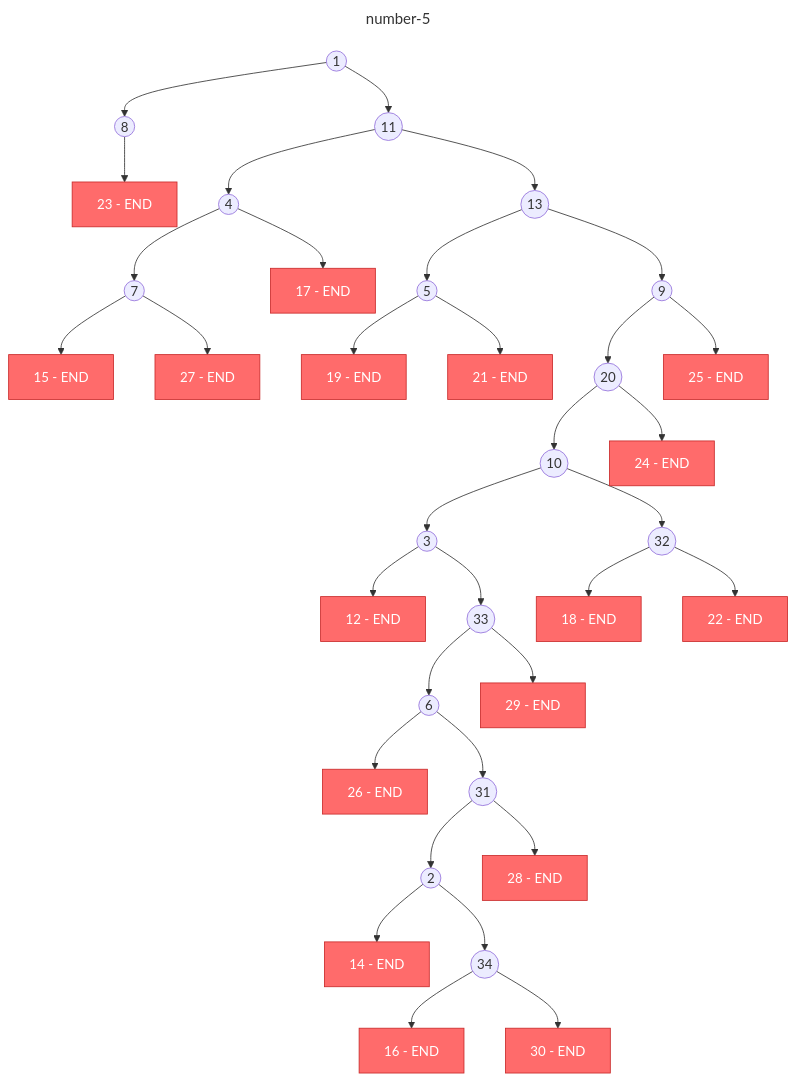
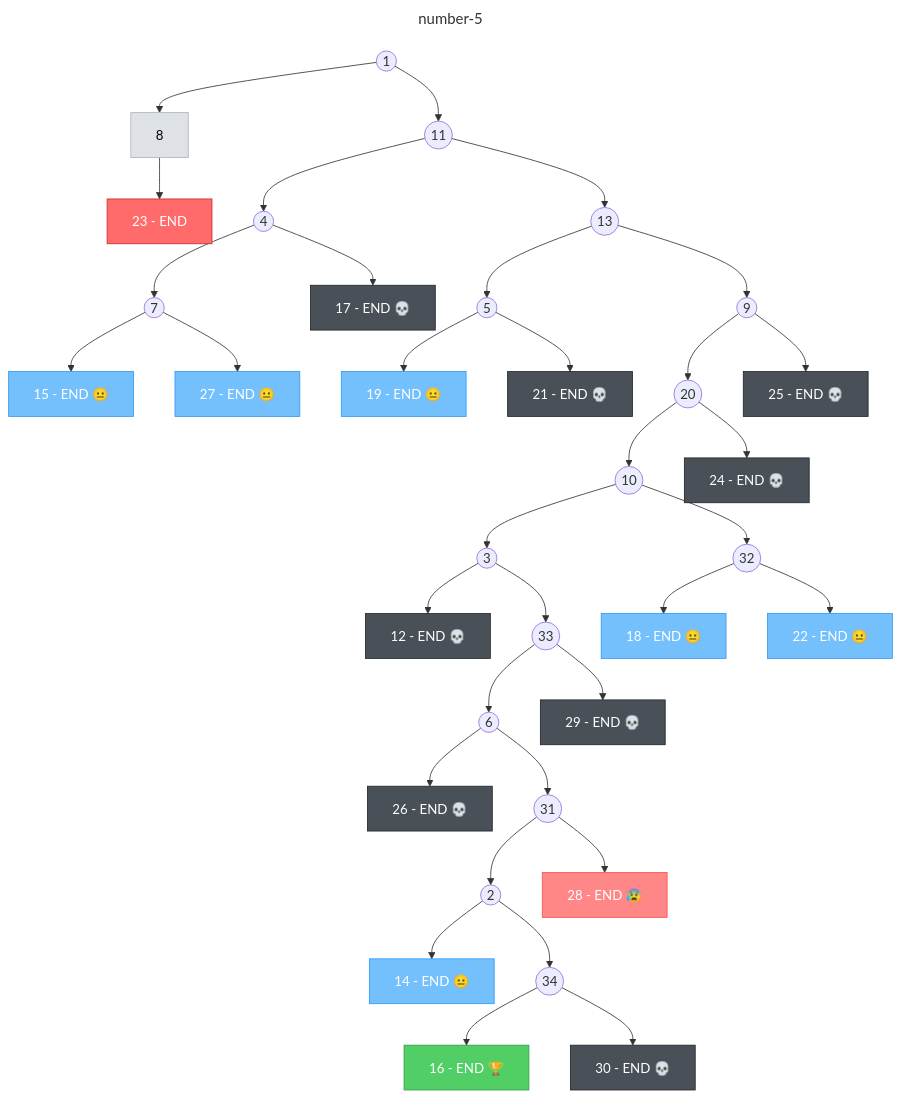
Before and after one commit to nicodevs/can-claude-code-write-a-good-choose-your-own-adventure-book: the diagram in number-5/output/structure.mmd, drawn with Mermaid. The commit also changed 9 other files, not shown here.

Commit message:
Feature: generate mermaid charts

```diff
--- a/number-5/output/structure.mmd
+++ b/number-5/output/structure.mmd
@@ -1,78 +1,83 @@
 ---
 title: number-5
 ---
 flowchart TD
     1((1))
     2((2))
     3((3))
     4((4))
     5((5))
     6((6))
     7((7))
-    8((8))
+    8[8]:::transition
     9((9))
     10((10))
     11((11))
-    12[12 - END]:::ending
+    12[12 - END 💀]:::death
     13((13))
-    14[14 - END]:::ending
-    15[15 - END]:::ending
-    16[16 - END]:::ending
-    17[17 - END]:::ending
-    18[18 - END]:::ending
-    19[19 - END]:::ending
+    14[14 - END 😐]:::neutral
+    15[15 - END 😐]:::neutral
+    16[16 - END 🏆]:::good
+    17[17 - END 💀]:::death
+    18[18 - END 😐]:::neutral
+    19[19 - END 😐]:::neutral
     20((20))
-    21[21 - END]:::ending
-    22[22 - END]:::ending
+    21[21 - END 💀]:::death
+    22[22 - END 😐]:::neutral
     23[23 - END]:::ending
-    24[24 - END]:::ending
-    25[25 - END]:::ending
-    26[26 - END]:::ending
-    27[27 - END]:::ending
-    28[28 - END]:::ending
-    29[29 - END]:::ending
-    30[30 - END]:::ending
+    24[24 - END 💀]:::death
+    25[25 - END 💀]:::death
+    26[26 - END 💀]:::death
+    27[27 - END 😐]:::neutral
+    28[28 - END 😰]:::bad
+    29[29 - END 💀]:::death
+    30[30 - END 💀]:::death
     31((31))
     32((32))
     33((33))
     34((34))
     1 --> 8
     1 --> 11
     2 --> 14
     2 --> 34
     3 --> 12
     3 --> 33
     4 --> 7
     4 --> 17
     5 --> 19
     5 --> 21
     6 --> 26
     6 --> 31
     7 --> 15
     7 --> 27
     8 --> 23
     9 --> 20
     9 --> 25
     10 --> 3
     10 --> 32
     11 --> 4
     11 --> 13
     13 --> 5
     13 --> 9
     20 --> 10
     20 --> 24
     31 --> 2
     31 --> 28
     32 --> 18
     32 --> 22
     33 --> 6
     33 --> 29
     34 --> 16
     34 --> 30
 
     classDef ending fill:#ff6b6b,stroke:#c92a2a,color:#fff
+    classDef death fill:#495057,stroke:#212529,color:#fff
+    classDef good fill:#51cf66,stroke:#2f9e44,color:#fff
+    classDef bad fill:#ff8787,stroke:#fa5252,color:#fff
+    classDef neutral fill:#74c0fc,stroke:#339af0,color:#fff
     classDef orphan fill:#ffd43b,stroke:#fab005,color:#000
     classDef convergent fill:#9775fa,stroke:#7048e8,color:#fff
     classDef convergent_end fill:#e599f7,stroke:#be4bdb,color:#000
+    classDef transition fill:#dee2e6,stroke:#adb5bd,color:#000
 
     %% 34 pages, 33 edges, 17 endings, 0 orphaned, 0 convergent
```
